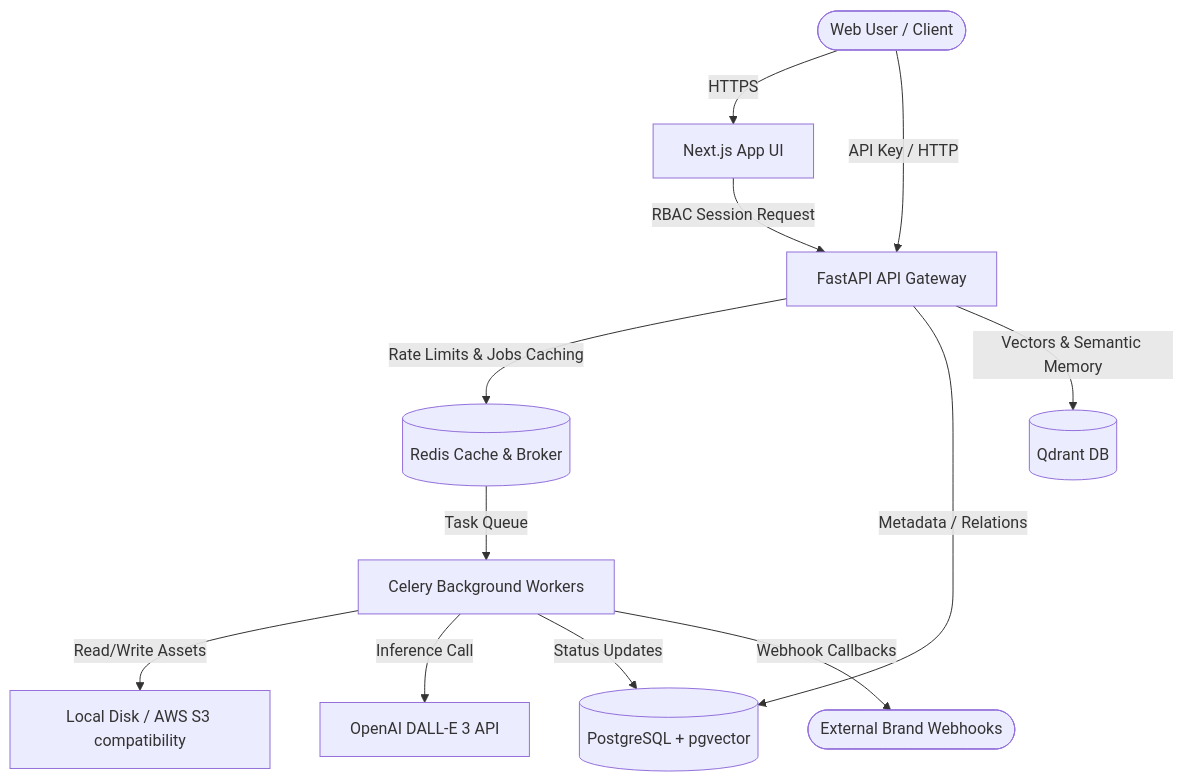
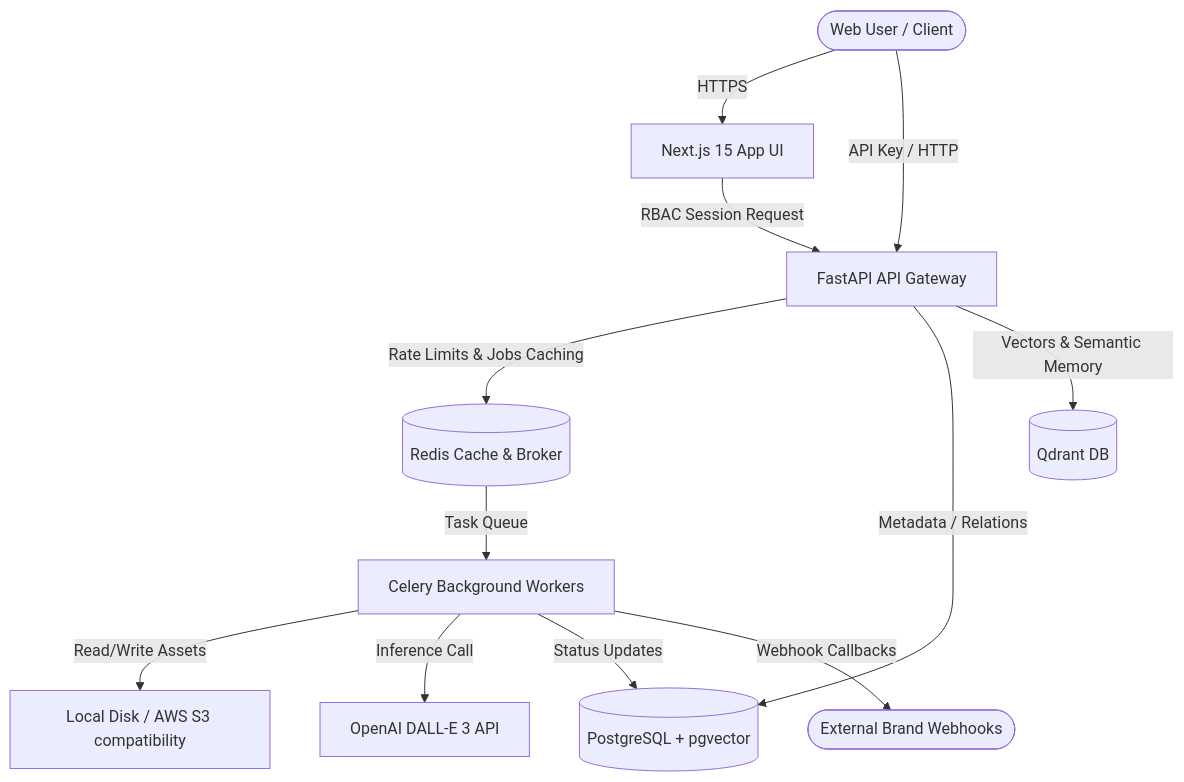
One commit to modelens-shahida/modelens changed the diagram in README.md. Above: the diagram before and after it, drawn with Mermaid. The commit also changed other lines of this file, not shown here.

Commit message:
docs: update README with Next.js 15, character and presets registries, and CI/CD workflows

````diff
--- a/README.md
+++ b/README.md
@@ -38,16 +40,16 @@
 ```mermaid
 graph TD
-    User([Web User / Client]) -->|HTTPS| Frontend[Next.js App UI]
+    User([Web User / Client]) -->|HTTPS| Frontend[Next.js 15 App UI]
     User -->|API Key / HTTP| Backend[FastAPI API Gateway]
     
     Frontend -->|RBAC Session Request| Backend
     Backend -->|Rate Limits & Jobs Caching| Redis[(Redis Cache & Broker)]
     Backend -->|Metadata / Relations| DB[(PostgreSQL + pgvector)]
     Backend -->|Vectors & Semantic Memory| Qdrant[(Qdrant DB)]
     
     Redis -->|Task Queue| Worker[Celery Background Workers]
     Worker -->|Read/Write Assets| Storage[Local Disk / AWS S3 compatibility]
     Worker -->|Inference Call| OpenAI[OpenAI DALL-E 3 API]
     Worker -->|Status Updates| DB
     Worker -->|Webhook Callbacks| Webhook([External Brand Webhooks])
 ```
````
